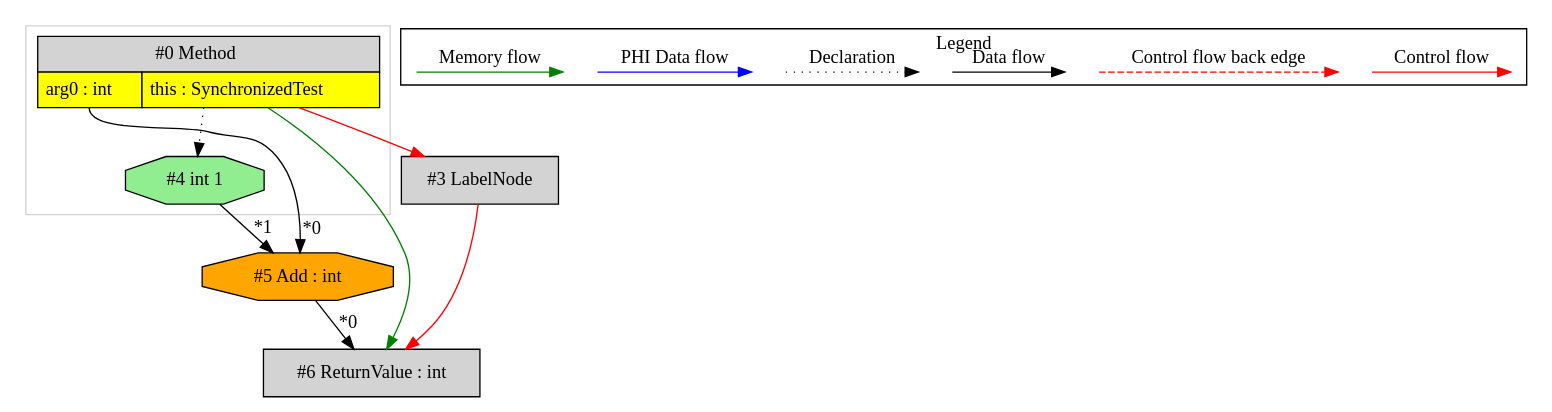
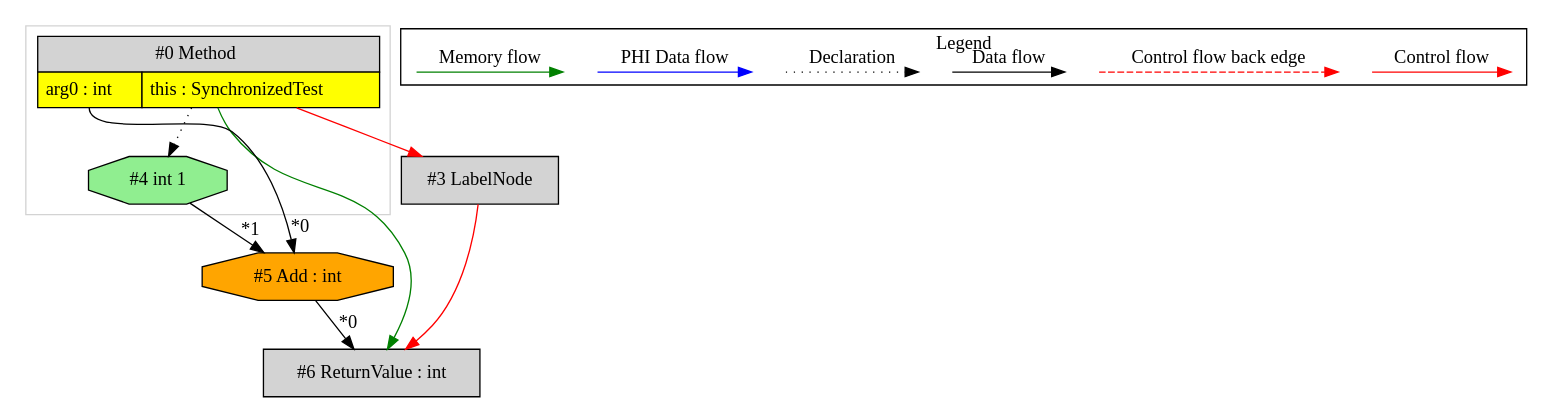
One commit to mirkosertic/MetaIR changed the diagram in de.mirkosertic.metair.ir.examples.SynchronizedTest/compute/ir.dot. Above: the diagram before and after it, drawn with Graphviz. The commit also changed other lines of this file and 681 other files, not shown here.

```diff
--- a/de.mirkosertic.metair.ir.examples.SynchronizedTest/compute/ir.dot
+++ b/de.mirkosertic.metair.ir.examples.SynchronizedTest/compute/ir.dot
@@ -1,45 +1,45 @@
 digraph {
  node0[margin="0", label=<<table border="0" cellborder="1" cellspacing="0" cellpadding="5"><tr><td colspan="2">#0 Method</td></tr><tr><td port="prj1" bgcolor="yellow">arg0 : int</td><td port="prj2" bgcolor="yellow">this : SynchronizedTest</td></tr></table>>,shape=none, fillcolor=lightgrey, style=filled];
- node5[label="#5 Add : int",shape=octagon, fillcolor=orange, style=filled];
- node0:prj1 -> node5[headlabel="*0", labeldistance=2];
- node4 -> node5[headlabel="*1", labeldistance=2];
- node4[label="#4 int 1",shape=octagon, fillcolor=lightgreen, style=filled];
- node0 -> node4[style=dotted];
  node6[label="#6 ReturnValue : int",shape=box, fillcolor=lightgrey, style=filled];
  node5 -> node6[headlabel="*0", labeldistance=2];
  node3 -> node6[labeldistance=2, color=red, fontcolor=red];
  node0 -> node6[labeldistance=2, color=green, constraint=false];
  node3[label="#3 LabelNode",shape=box, fillcolor=lightgrey, style=filled];
  node0 -> node3[labeldistance=2, color=red, fontcolor=red];
+ node5[label="#5 Add : int",shape=octagon, fillcolor=orange, style=filled];
+ node0:prj1 -> node5[headlabel="*0", labeldistance=2];
+ node4 -> node5[headlabel="*1", labeldistance=2];
+ node4[label="#4 int 1",shape=octagon, fillcolor=lightgreen, style=filled];
+ node0 -> node4[style=dotted];
  subgraph cluster_0 {
   color=lightgray;
   node0;
   node4;
  }
  subgraph cluster_000 {
   label = "Legend";
   node [shape=point]
   {
    rank=same;
    c0 [style = invis];
    c1 [style = invis];
    c2 [style = invis];
    c3 [style = invis];
    d0 [style = invis];
    d1 [style = invis];
    d2 [style = invis];
    d3 [style = invis];
    d4 [style = invis];
    d5 [style = invis];
    d6 [style = invis];
    d7 [style = invis];
   }
   c0 -> c1 [label="Control flow", style=solid, color=red]
   c2 -> c3 [label="Control flow back edge", style=dashed, color=red]
   d0 -> d1 [label="Data flow"]
   d2 -> d3 [label="Declaration", style=dotted]
   d4 -> d5 [label="PHI Data flow", color=blue]
   d6 -> d7 [label="Memory flow", color=green]
  }
 
 }
```
